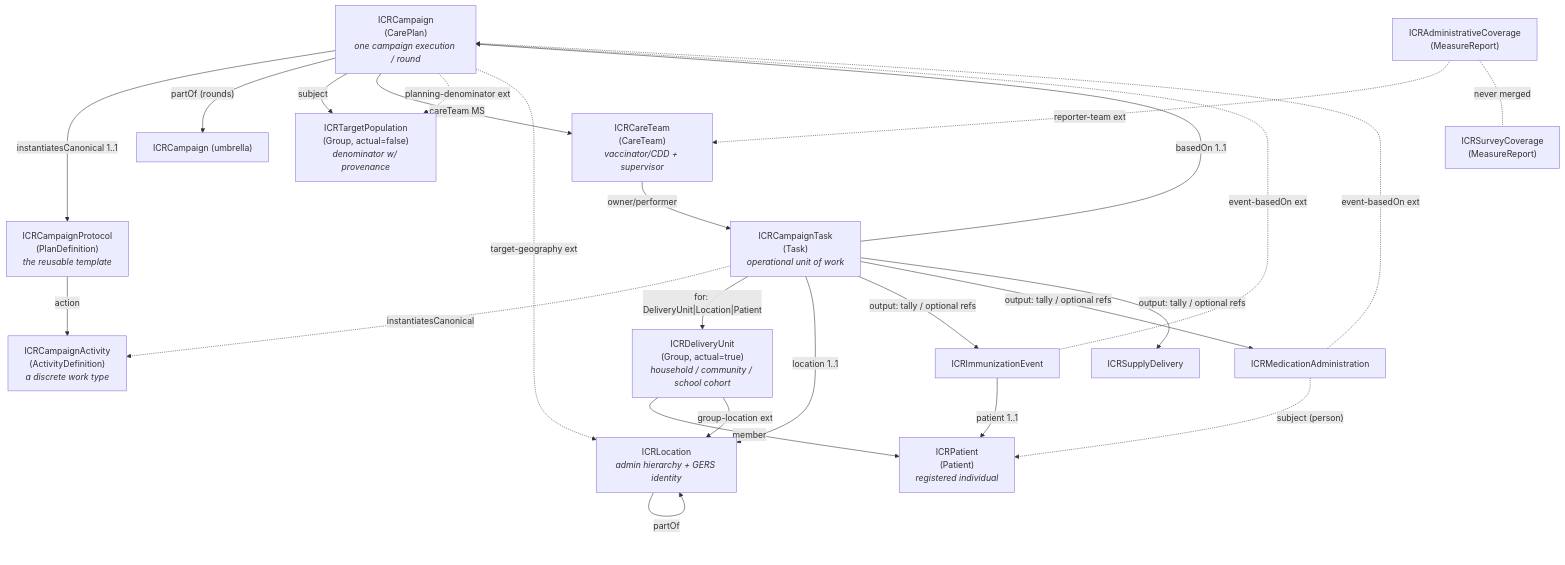
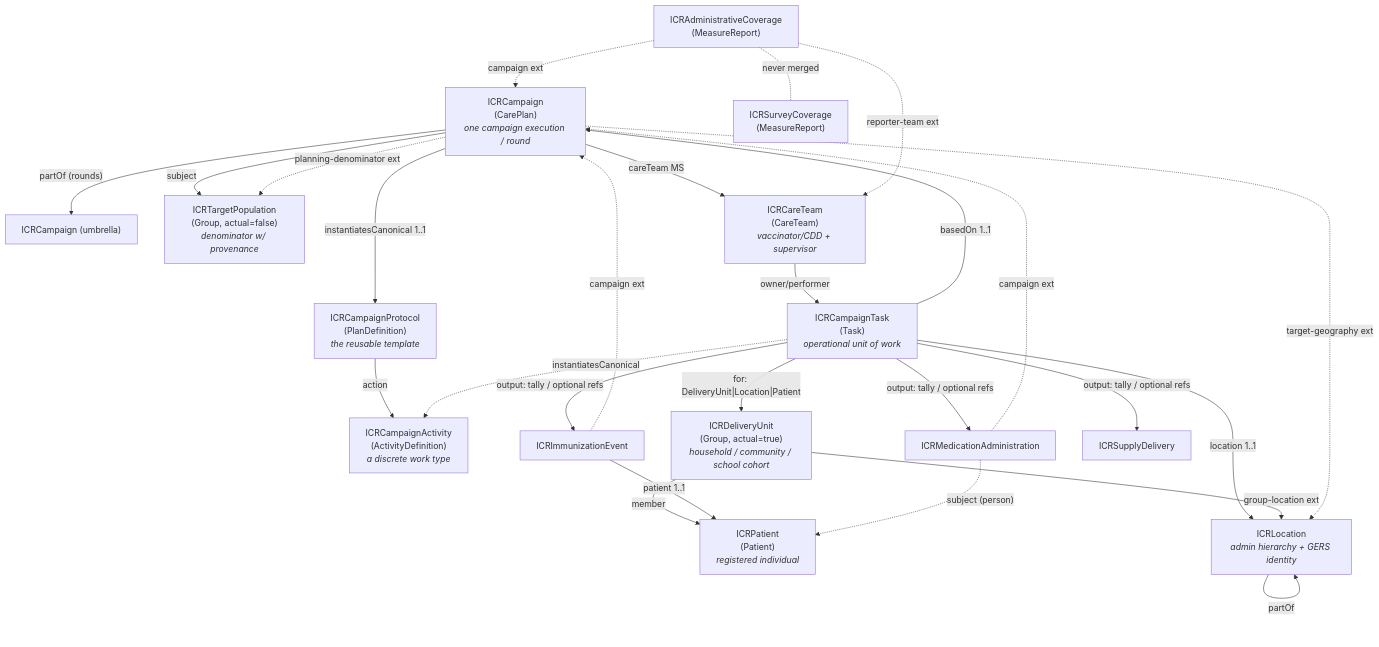
The first of 4 diagrams in project/ig-summary-v2.md (recodelabs/icr), drawn with Mermaid before and after one commit. The commit also changed other lines of this file, not shown here.

First line of the commit message:
ig-summary-v2: reflect protocol-eligibility (#44) and campaign-link (#45) rounds

````diff
--- a/project/ig-summary-v2.md
+++ b/project/ig-summary-v2.md
@@ -199,43 +199,44 @@
 ```mermaid
 graph TD
     PD["ICRCampaignProtocol<br/>(PlanDefinition)<br/><i>the reusable template</i>"]
     AD["ICRCampaignActivity<br/>(ActivityDefinition)<br/><i>a discrete work type</i>"]
     CP["ICRCampaign<br/>(CarePlan)<br/><i>one campaign execution / round</i>"]
     CPU["ICRCampaign (umbrella)"]
     T["ICRCampaignTask<br/>(Task)<br/><i>operational unit of work</i>"]
     TP["ICRTargetPopulation<br/>(Group, actual=false)<br/><i>denominator w/ provenance</i>"]
     HH["ICRDeliveryUnit<br/>(Group, actual=true)<br/><i>household / community / school cohort</i>"]
     PT["ICRPatient<br/>(Patient)<br/><i>registered individual</i>"]
     L["ICRLocation<br/><i>admin hierarchy + GERS identity</i>"]
     IMM["ICRImmunizationEvent"]
     MED["ICRMedicationAdministration"]
     SUP["ICRSupplyDelivery"]
     AC["ICRAdministrativeCoverage<br/>(MeasureReport)"]
     SC["ICRSurveyCoverage<br/>(MeasureReport)"]
     CT["ICRCareTeam<br/>(CareTeam)<br/><i>vaccinator/CDD + supervisor</i>"]
 
     PD -- "action" --> AD
     CP -- "instantiatesCanonical 1..1" --> PD
     CP -- "partOf (rounds)" --> CPU
     CP -- "subject" --> TP
     CP -- "careTeam MS" --> CT
     CT -- "owner/performer" --> T
     AC -. "reporter-team ext" .-> CT
     T -- "basedOn 1..1" --> CP
     T -. "instantiatesCanonical" .-> AD
     T -- "for: DeliveryUnit|Location|Patient" --> HH
     T -- "location 1..1" --> L
     T -- "output: tally / optional refs" --> IMM
     T -- "output: tally / optional refs" --> MED
     T -- "output: tally / optional refs" --> SUP
-    IMM -. "event-basedOn ext" .-> CP
-    MED -. "event-basedOn ext" .-> CP
+    IMM -. "campaign ext" .-> CP
+    MED -. "campaign ext" .-> CP
+    AC -. "campaign ext" .-> CP
     HH -- "member" --> PT
     IMM -- "patient 1..1" --> PT
     MED -. "subject (person)" .-> PT
     HH -- "group-location ext" --> L
     L -- "partOf" --> L
     CP -. "planning-denominator ext" .-> TP
     CP -. "target-geography ext" .-> L
     AC -. "never merged" .- SC
 ```
````
